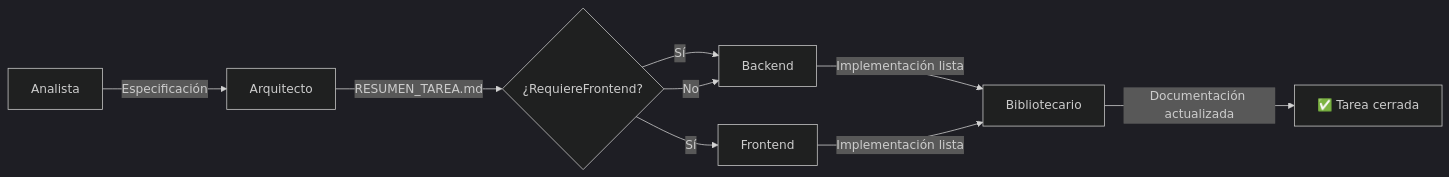
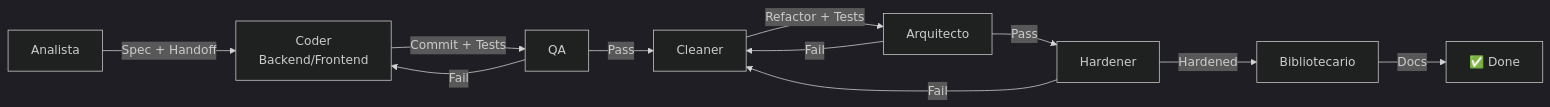
One commit to DavidAssuncion/pokemon changed the diagram in docs/workflow.md. Above: the diagram before and after it, drawn with Mermaid (dark theme). The commit also changed other lines of this file and 19 other files, not shown here.

````diff
--- a/docs/workflow.md
+++ b/docs/workflow.md
@@ -9,9 +9,13 @@
 ```mermaid
 flowchart LR
-    A[Analista] -->|Especificación| ARQ[Arquitecto]
-    ARQ -->|RESUMEN_TAREA.md| BF{¿RequiereFrontend?}
-    BF -->|Sí| BE[Backend] & FE[Frontend]
-    BF -->|No| BE[Backend]
-    BE & FE -->|Implementación lista| BIB[Bibliotecario]
-    BIB -->|Documentación actualizada| FIN[✅ Tarea cerrada]
+    A[Analista] -->|Spec + Handoff| B[Coder<br/>Backend/Frontend]
+    B -->|Commit + Tests| C[QA]
+    C -->|Pass| D[Cleaner]
+    C -->|Fail| B
+    D -->|Refactor + Tests| E[Arquitecto]
+    E -->|Pass| F[Hardener]
+    E -->|Fail| D
+    F -->|Hardened| G[Bibliotecario]
+    F -->|Fail| D
+    G -->|Docs| H[✅ Done]
 ```
````
